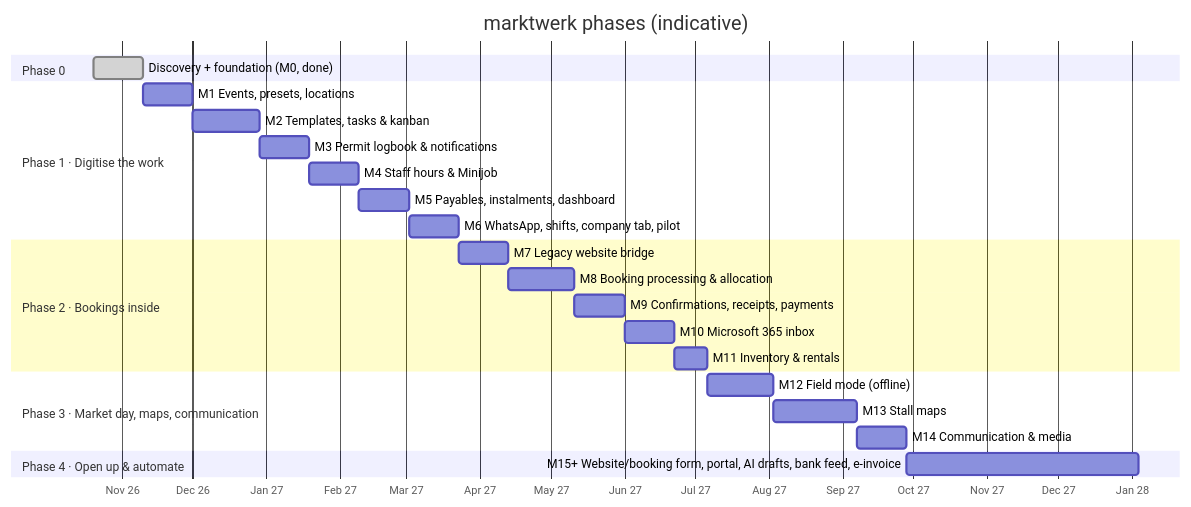
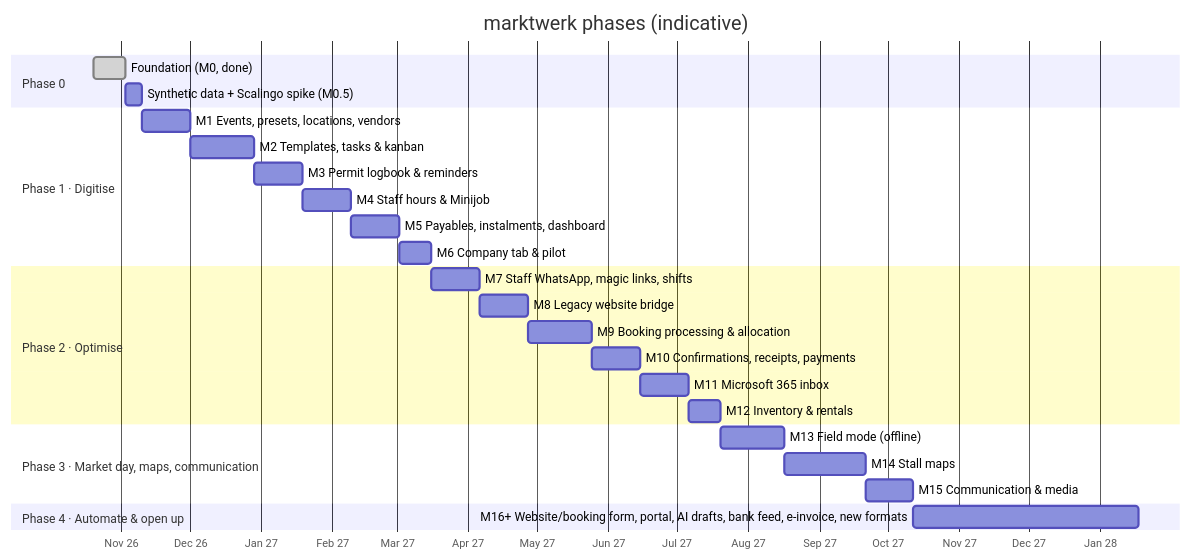
The diagram in docs/product/roadmap.md (coelln-konzept/marktwerk), drawn with Mermaid before and after one commit. The commit also changed other lines of this file and 21 other files, not shown here.

First line of the commit message:
docs: Scalingo hosting, synthetic dev data, digitise-only Phase 1

````diff
--- a/docs/product/roadmap.md
+++ b/docs/product/roadmap.md
@@ -12,27 +14,29 @@
 ```mermaid
 gantt
     title marktwerk phases (indicative)
     dateFormat  YYYY-MM-DD
     axisFormat  %b %y
     section Phase 0
-    Discovery + foundation (M0, done)        :done, p0, 2026-10-20, 3w
-    section Phase 1 · Digitise the work
-    M1 Events, presets, locations            :m1, after p0, 3w
+    Foundation (M0, done)                    :done, p0, 2026-10-20, 2w
+    Synthetic data + Scalingo spike (M0.5)   :m05, after p0, 1w
+    section Phase 1 · Digitise
+    M1 Events, presets, locations, vendors   :m1, after m05, 3w
     M2 Templates, tasks & kanban             :m2, after m1, 4w
-    M3 Permit logbook & notifications        :m3, after m2, 3w
+    M3 Permit logbook & reminders            :m3, after m2, 3w
     M4 Staff hours & Minijob                 :m4, after m3, 3w
     M5 Payables, instalments, dashboard      :m5, after m4, 3w
-    M6 WhatsApp, shifts, company tab, pilot  :m6, after m5, 3w
-    section Phase 2 · Bookings inside
-    M7 Legacy website bridge                 :m7, after m6, 3w
-    M8 Booking processing & allocation       :m8, after m7, 4w
-    M9 Confirmations, receipts, payments     :m9, after m8, 3w
-    M10 Microsoft 365 inbox                  :m10, after m9, 3w
-    M11 Inventory & rentals                  :m11, after m10, 2w
+    M6 Company tab & pilot                   :m6, after m5, 2w
+    section Phase 2 · Optimise
+    M7 Staff WhatsApp, magic links, shifts   :m7, after m6, 3w
+    M8 Legacy website bridge                 :m8, after m7, 3w
+    M9 Booking processing & allocation       :m9, after m8, 4w
+    M10 Confirmations, receipts, payments    :m10, after m9, 3w
+    M11 Microsoft 365 inbox                  :m11, after m10, 3w
+    M12 Inventory & rentals                  :m12, after m11, 2w
     section Phase 3 · Market day, maps, communication
-    M12 Field mode (offline)                 :m12, after m11, 4w
-    M13 Stall maps                           :m13, after m12, 5w
-    M14 Communication & media                :m14, after m13, 3w
-    section Phase 4 · Open up & automate
-    M15+ Website/booking form, portal, AI drafts, bank feed, e-invoice :m15, after m14, 14w
+    M13 Field mode (offline)                 :m13, after m12, 4w
+    M14 Stall maps                           :m14, after m13, 5w
+    M15 Communication & media                :m15, after m14, 3w
+    section Phase 4 · Automate & open up
+    M16+ Website/booking form, portal, AI drafts, bank feed, e-invoice, new formats :m16, after m15, 14w
 ```
````
